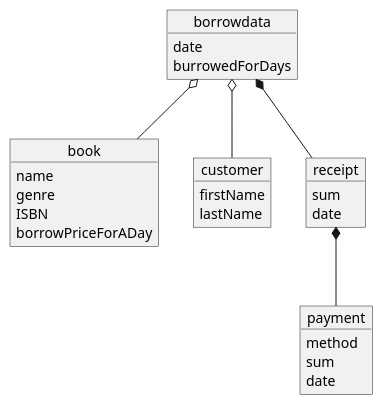
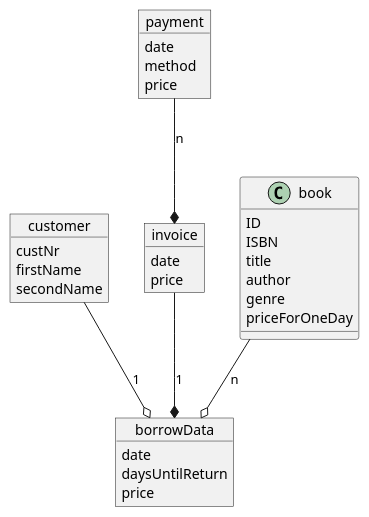
Before and after one commit to Zeno-Paukner/htl: the diagram in iuml/rest-library.iuml, drawn with PlantUML.

```diff
--- a/iuml/rest-library.iuml
+++ b/iuml/rest-library.iuml
@@ -1,40 +1,40 @@
-@startuml REST-Library
+@startuml
 
-allowmixing
-
-object book {
-    name
-    genre
-    ISBN
-    borrowPriceForADay
+object customer {
+    custNr
+    firstName
+    secondName
 }
 
-object customer {
-    firstName
-    lastName
+object borrowData {
+    date
+    daysUntilReturn
+    price
 }
 
-object borrowdata {
+object invoice {
     date
-    burrowedForDays
-}
-
-object receipt {
-    sum
-    date
+    price
 }
 
 object payment {
+    date
     method
-    sum
-    date
+    price
 }
 
-borrowdata o-- book
-borrowdata o-- customer
+book --o borrowData : n
+customer --o borrowData : 1
+invoice --* borrowData : 1
+payment --* invoice : n
 
-borrowdata *-- receipt
-
-receipt *-- payment
+object book {
+    ID
+    ISBN
+    title
+    author
+    genre
+    priceForOneDay
+}
 
 @enduml
```
